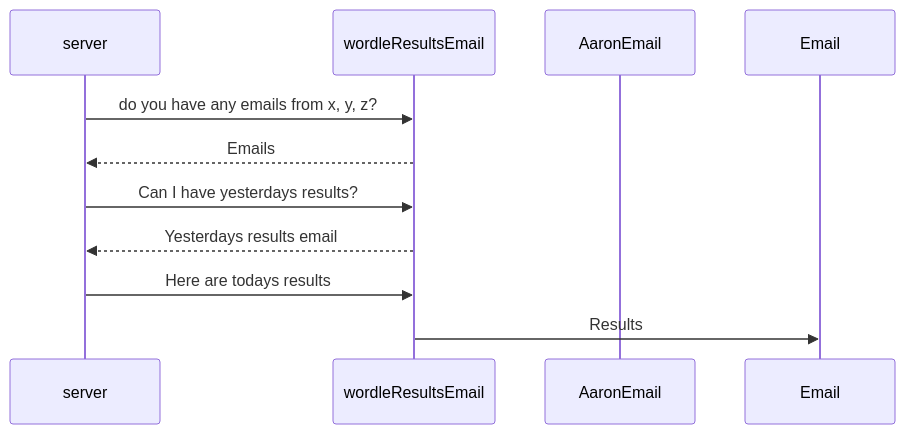
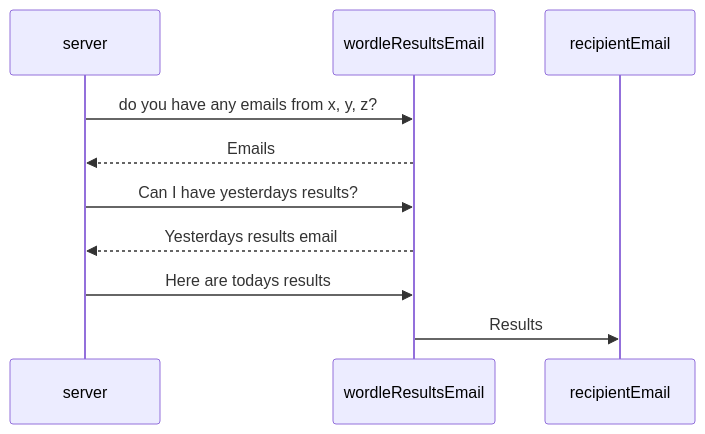
One commit to siananigans/wordle-leaderboard changed the diagram in README.md. Above: the diagram before and after it, drawn with Mermaid.

````diff
--- a/README.md
+++ b/README.md
@@ -8,12 +8,12 @@
 ```mermaid
 sequenceDiagram
   participant server
   participant wordleResultsEmail
-  participant AaronEmail
+  participant recipientEmail
   server->>wordleResultsEmail: do you have any emails from x, y, z?
   wordleResultsEmail-->>server: Emails
   server->>wordleResultsEmail: Can I have yesterdays results?
   wordleResultsEmail-->>server: Yesterdays results email
   server->>wordleResultsEmail: Here are todays results
-  wordleResultsEmail->>Email: Results
+  wordleResultsEmail->>recipientEmail: Results
 ```
````
